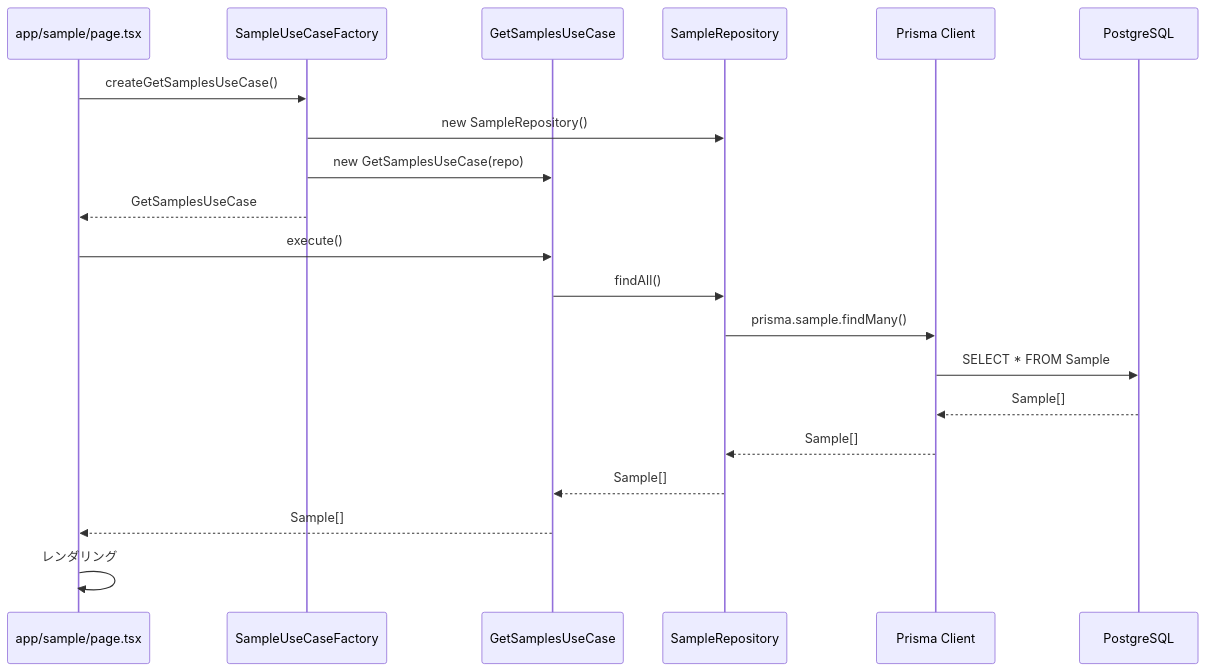
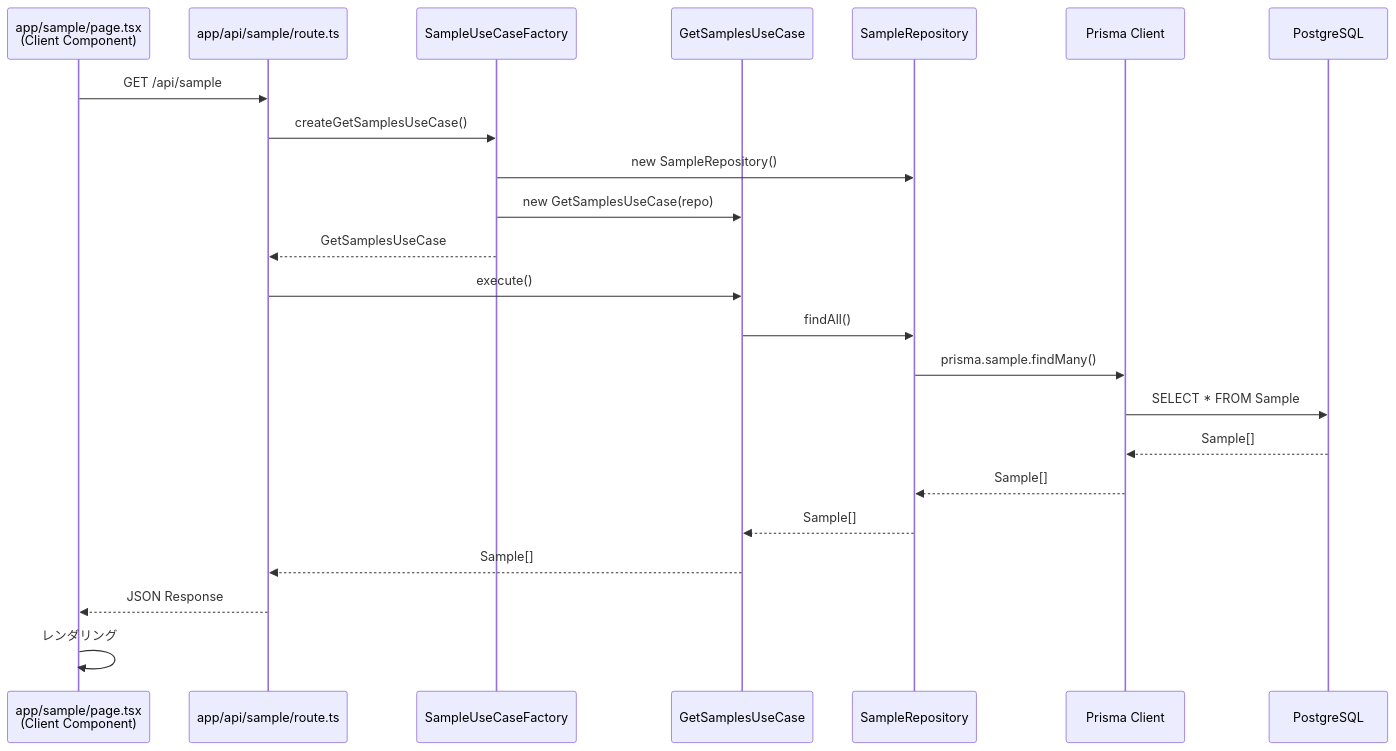
The second of 2 diagrams in README.md (RyotaIhara/my-next-template-app), drawn with Mermaid before and after one commit. The commit also changed other lines of this file and 3 other files, not shown here.

````diff
--- a/README.md
+++ b/README.md
@@ -50,24 +83,27 @@
 ```mermaid
 sequenceDiagram
-    participant Page as app/sample/page.tsx
+    participant Page as app/sample/page.tsx<br/>(Client Component)
+    participant API as app/api/sample/route.ts
     participant Factory as SampleUseCaseFactory
     participant UseCase as GetSamplesUseCase
     participant Repo as SampleRepository
     participant Prisma as Prisma Client
     participant DB as PostgreSQL
     
-    Page->>Factory: createGetSamplesUseCase()
+    Page->>API: GET /api/sample
+    API->>Factory: createGetSamplesUseCase()
     Factory->>Repo: new SampleRepository()
     Factory->>UseCase: new GetSamplesUseCase(repo)
-    Factory-->>Page: GetSamplesUseCase
+    Factory-->>API: GetSamplesUseCase
     
-    Page->>UseCase: execute()
+    API->>UseCase: execute()
     UseCase->>Repo: findAll()
     Repo->>Prisma: prisma.sample.findMany()
     Prisma->>DB: SELECT * FROM Sample
     DB-->>Prisma: Sample[]
     Prisma-->>Repo: Sample[]
     Repo-->>UseCase: Sample[]
-    UseCase-->>Page: Sample[]
+    UseCase-->>API: Sample[]
+    API-->>Page: JSON Response
     Page->>Page: レンダリング
 ```
````
